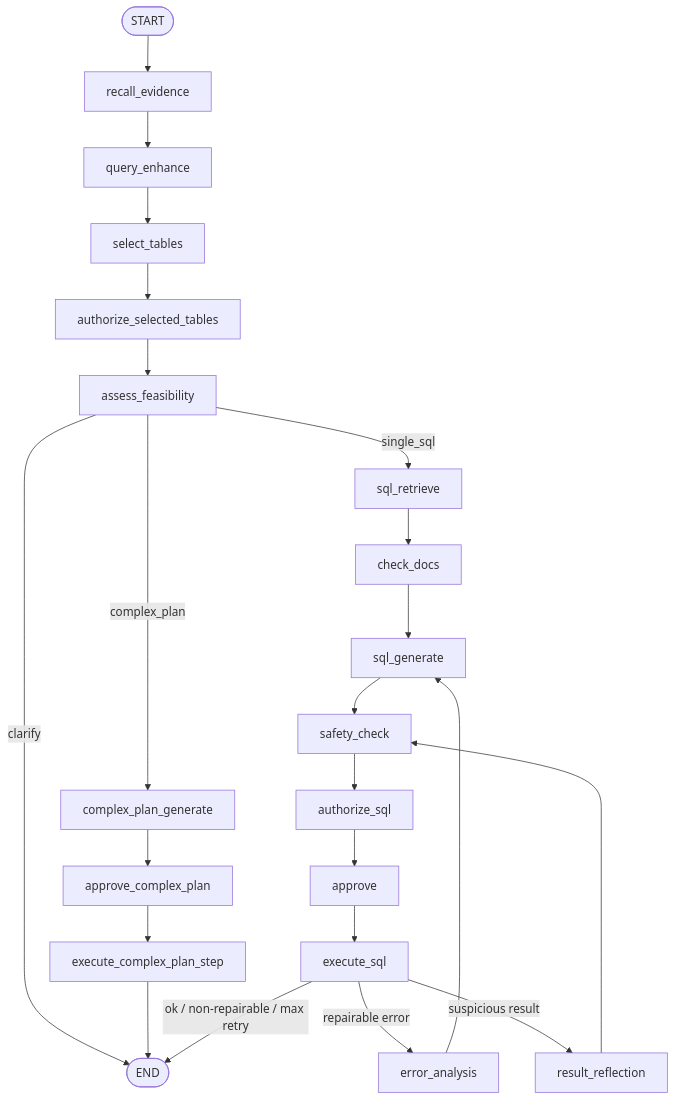
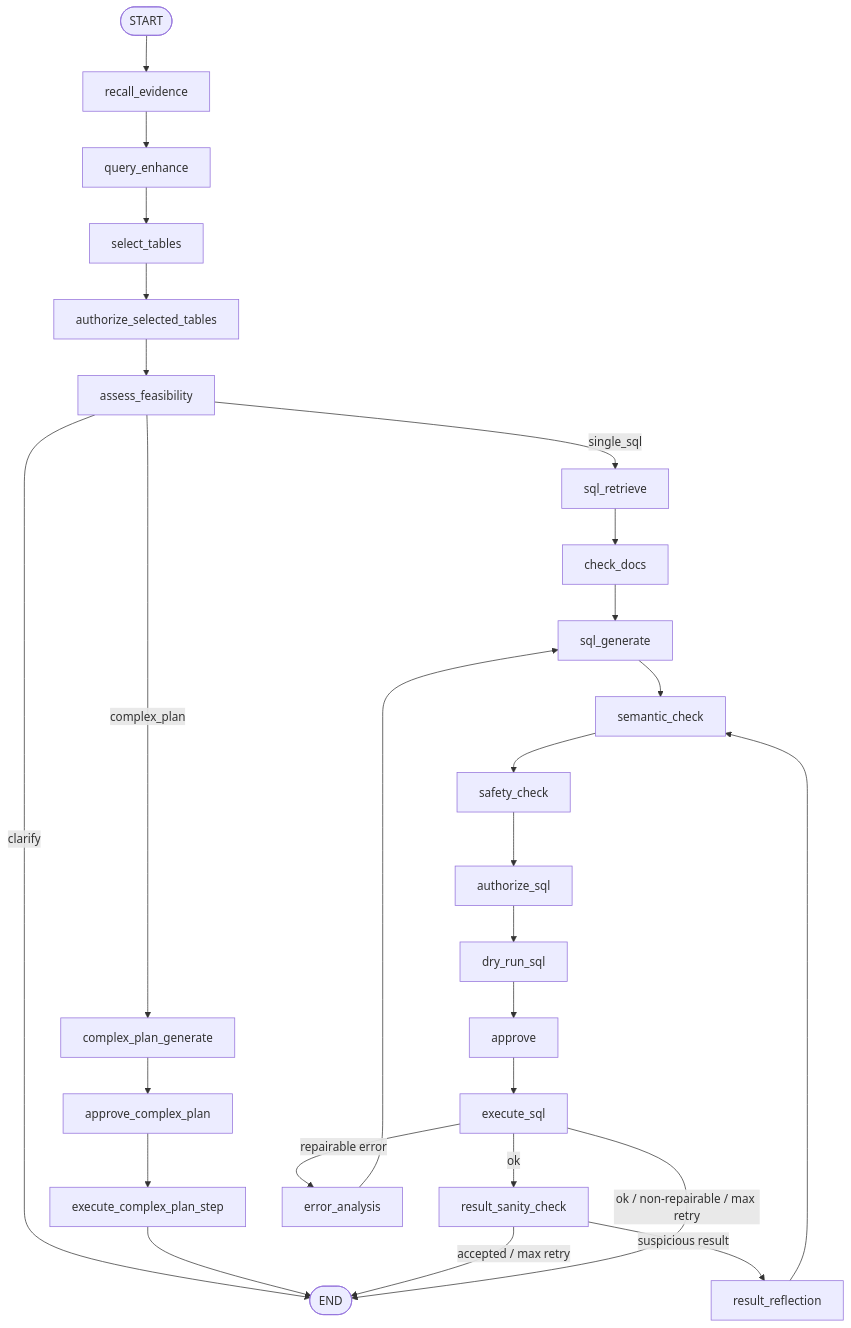
The sixth of 7 diagrams in docs/current_architecture.md (liangyuzhe/financial-copilot-platform), drawn with Mermaid before and after one commit. The commit also changed other lines of this file and 45 other files, not shown here.

````diff
--- a/docs/current_architecture.md
+++ b/docs/current_architecture.md
@@ -211,25 +239,29 @@
 ```mermaid
 flowchart TD
     Start([START]) --> Recall[recall_evidence]
     Recall --> Enhance[query_enhance]
     Enhance --> Select[select_tables]
     Select --> TableAuth[authorize_selected_tables]
     TableAuth --> Feasible[assess_feasibility]
     Feasible -->|clarify| End([END])
     Feasible -->|complex_plan| PlanGen[complex_plan_generate]
     PlanGen --> PlanApprove[approve_complex_plan]
     PlanApprove --> PlanExec[execute_complex_plan_step]
     PlanExec --> End
     Feasible -->|single_sql| Retrieve[sql_retrieve]
     Retrieve --> CheckDocs[check_docs]
     CheckDocs --> Generate[sql_generate]
-    Generate --> Safety[safety_check]
+    Generate --> Semantic[semantic_check]
+    Semantic --> Safety[safety_check]
     Safety --> SQLAuth[authorize_sql]
-    SQLAuth --> Approve[approve]
+    SQLAuth --> DryRun[dry_run_sql]
+    DryRun --> Approve[approve]
     Approve --> Execute[execute_sql]
+    Execute -->|ok| ResultSanity[result_sanity_check]
+    ResultSanity -->|accepted / max retry| End
+    ResultSanity -->|suspicious result| Reflection[result_reflection]
     Execute -->|repairable error| ErrorAnalysis[error_analysis]
     ErrorAnalysis --> Generate
-    Execute -->|suspicious result| Reflection[result_reflection]
-    Reflection --> Safety
+    Reflection --> Semantic
     Execute -->|ok / non-repairable / max retry| End
 ```
````
